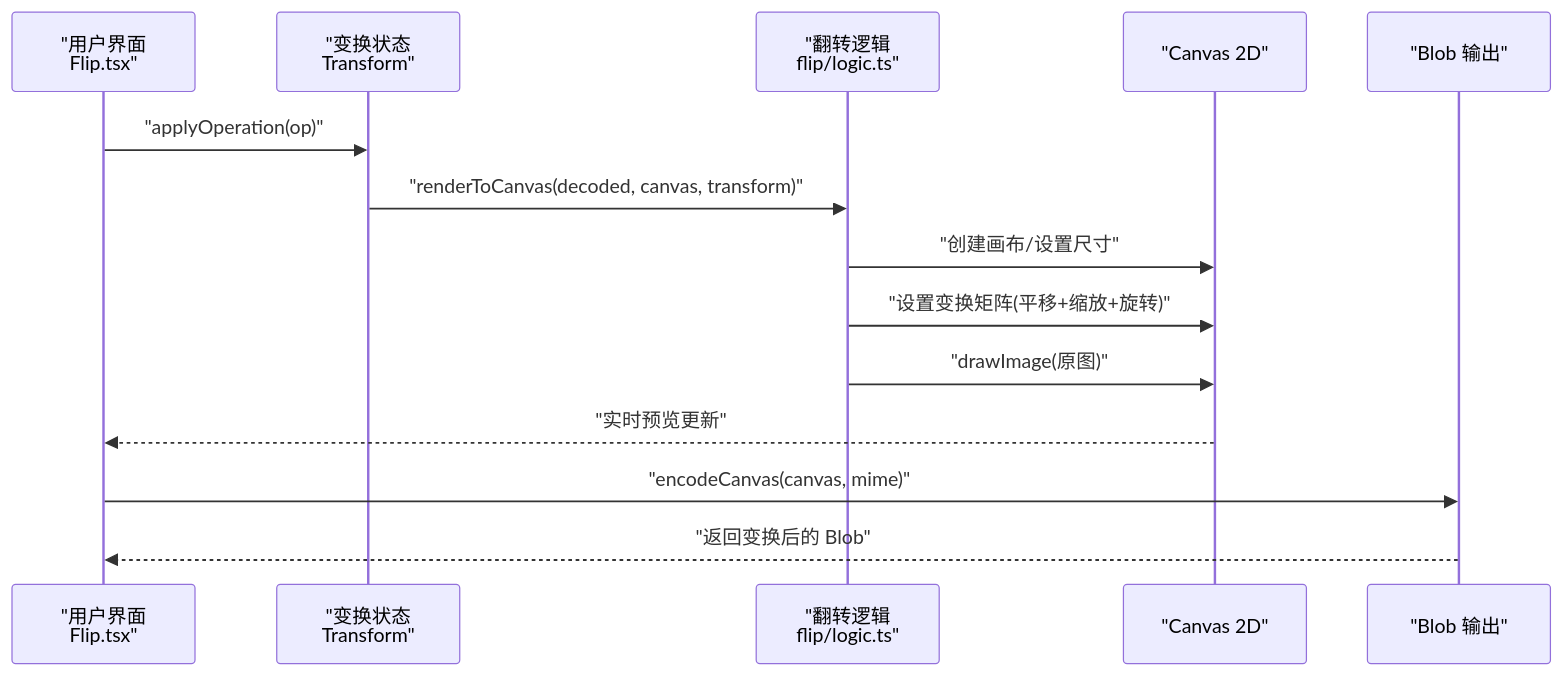
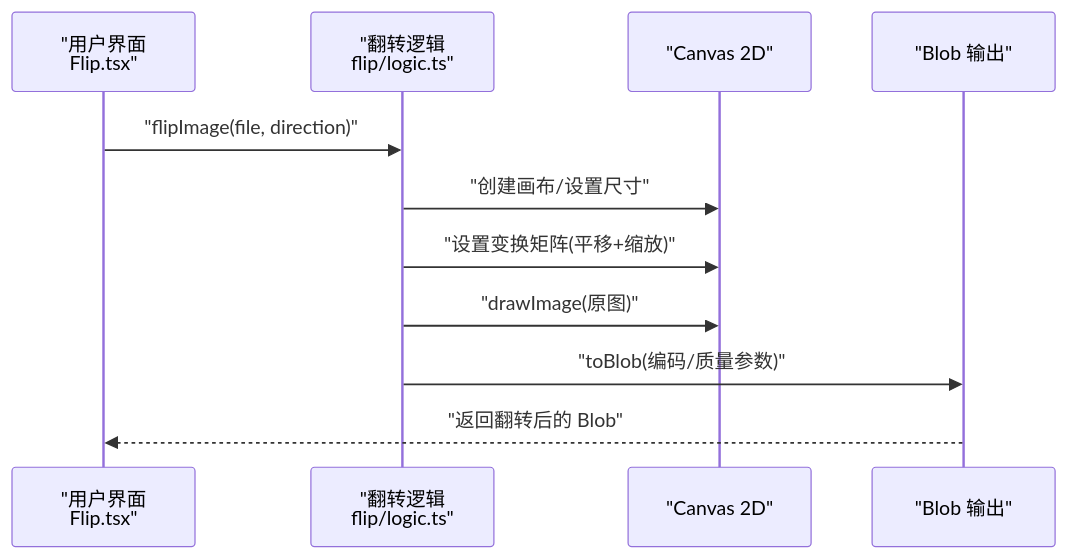
Before and after one commit to sgyy/privadeck: the second of 6 diagrams in .qoder/repowiki/zh/content/图像工具/图像变换.md, drawn with Mermaid. The commit also changed other lines of this file and 48 other files, not shown here.

````diff
--- a/.qoder/repowiki/zh/content/图像工具/图像变换.md
+++ b/.qoder/repowiki/zh/content/图像工具/图像变换.md
@@ -123,16 +121,13 @@
 ```mermaid
 sequenceDiagram
 participant U as "用户界面<br/>Flip.tsx"
-participant T as "变换状态<br/>Transform"
 participant L as "翻转逻辑<br/>flip/logic.ts"
 participant C as "Canvas 2D"
 participant B as "Blob 输出"
-U->>T : "applyOperation(op)"
-T->>L : "renderToCanvas(decoded, canvas, transform)"
+U->>L : "flipImage(file, direction)"
 L->>C : "创建画布/设置尺寸"
-L->>C : "设置变换矩阵(平移+缩放+旋转)"
+L->>C : "设置变换矩阵(平移+缩放)"
 L->>C : "drawImage(原图)"
-C-->>U : "实时预览更新"
-U->>B : "encodeCanvas(canvas, mime)"
-B-->>U : "返回变换后的 Blob"
+L->>B : "toBlob(编码/质量参数)"
+B-->>U : "返回翻转后的 Blob"
 ```
````
